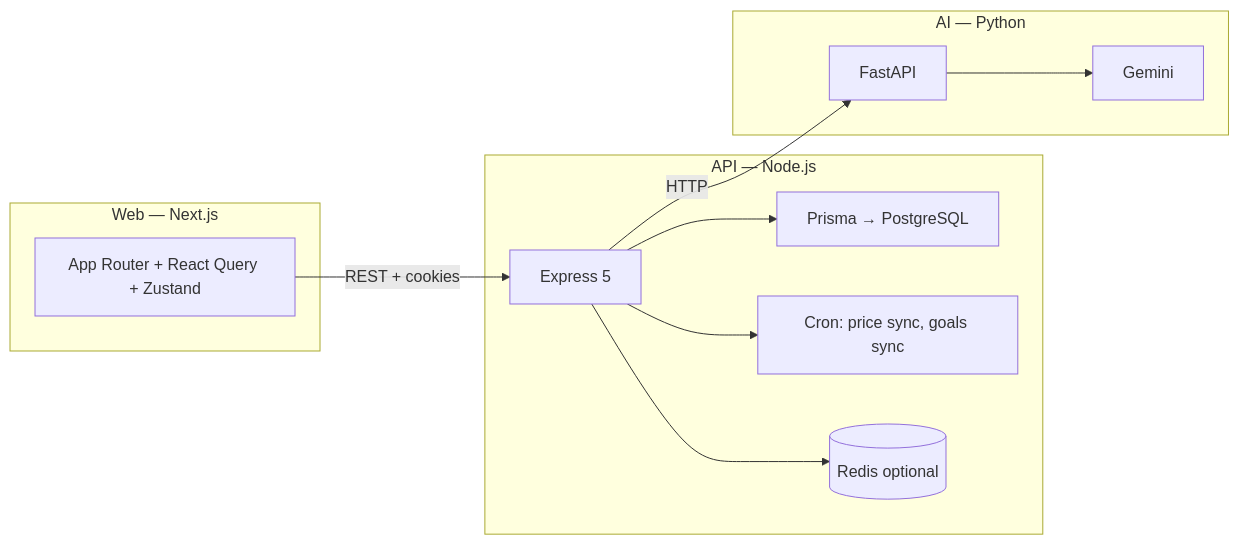
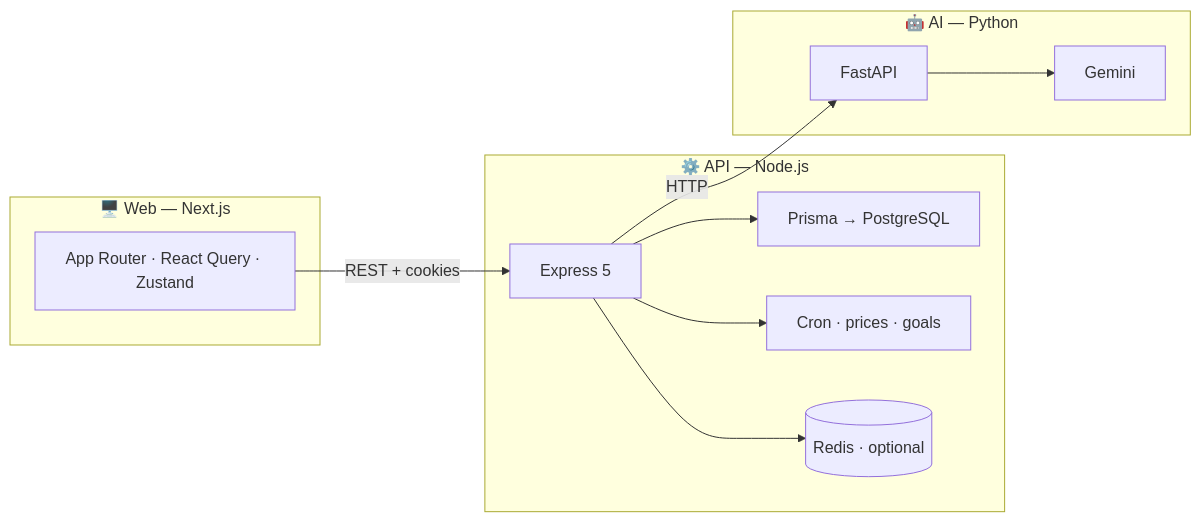
The diagram in README.md (ShreyGUPTA0924/Wealth-Portal), drawn with Mermaid before and after one commit. The commit also changed other lines of this file, not shown here.

````diff
--- a/README.md
+++ b/README.md
@@ -67,25 +87,25 @@
 ```mermaid
 flowchart LR
-  subgraph client [Web — Next.js]
-    UI[App Router + React Query + Zustand]
+  subgraph client["🖥️ Web — Next.js"]
+    UI["App Router · React Query · Zustand"]
   end
 
-  subgraph api [API — Node.js]
-    EX[Express 5]
-    PR[Prisma → PostgreSQL]
-    JOB[Cron: price sync, goals sync]
-    RD[(Redis optional)]
+  subgraph api["⚙️ API — Node.js"]
+    EX["Express 5"]
+    PR["Prisma → PostgreSQL"]
+    JOB["Cron · prices · goals"]
+    RD[("Redis · optional")]
   end
 
-  subgraph ai [AI — Python]
-    FA[FastAPI]
-    GM[Gemini]
+  subgraph ai["🤖 AI — Python"]
+    FA["FastAPI"]
+    GM["Gemini"]
   end
 
   UI -->|REST + cookies| EX
   EX --> PR
   EX --> RD
   EX --> JOB
   EX -->|HTTP| FA
   FA --> GM
 ```
````
